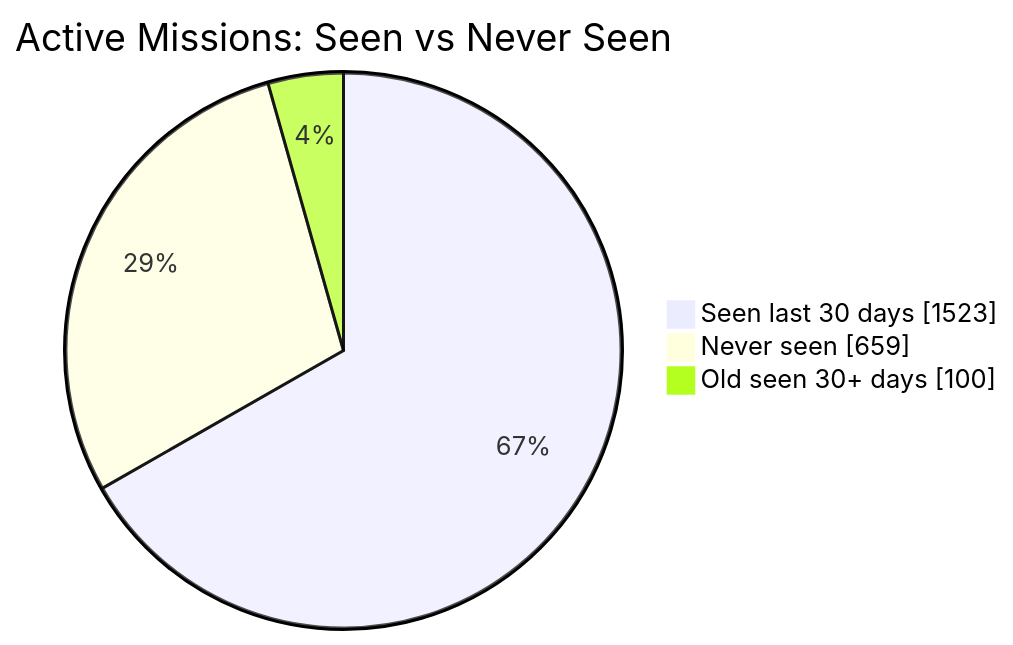
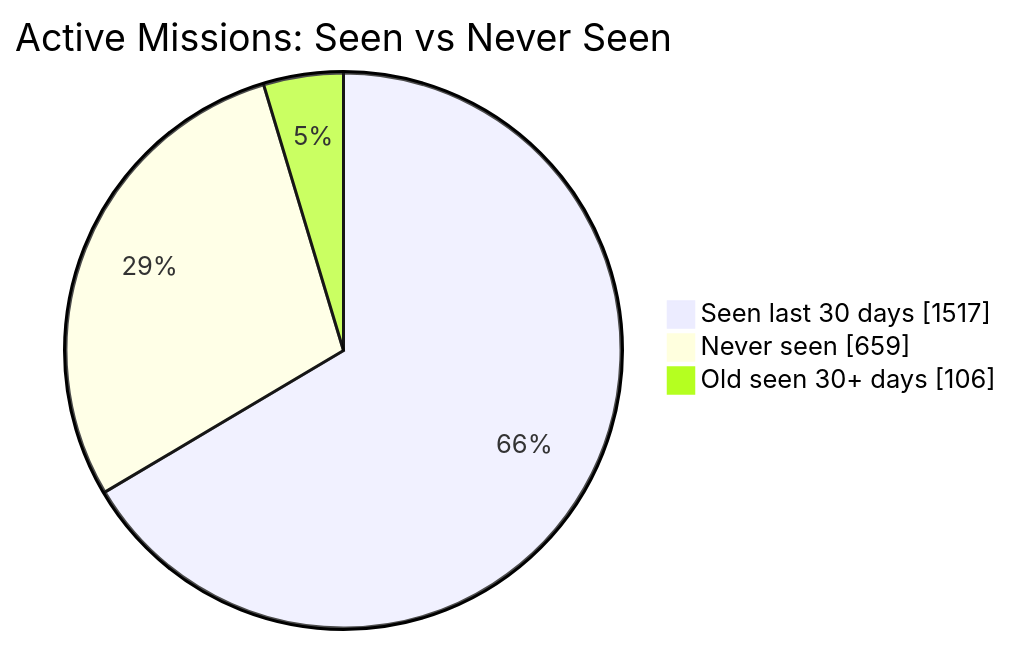
One commit to MeldkamerspelGameTeam/active-missions changed the first of 2 diagrams in README.md. Above: the diagram before and after it, drawn with Mermaid. The commit also changed other lines of this file and 2 other files, not shown here.

````diff
--- a/README.md
+++ b/README.md
@@ -34,7 +34,7 @@
 ```mermaid
 pie showData
     title Active Missions: Seen vs Never Seen
-    "Seen last 30 days" : 1523
+    "Seen last 30 days" : 1517
     "Never seen" : 659
-    "Old seen 30+ days" : 100
+    "Old seen 30+ days" : 106
 ```
````
